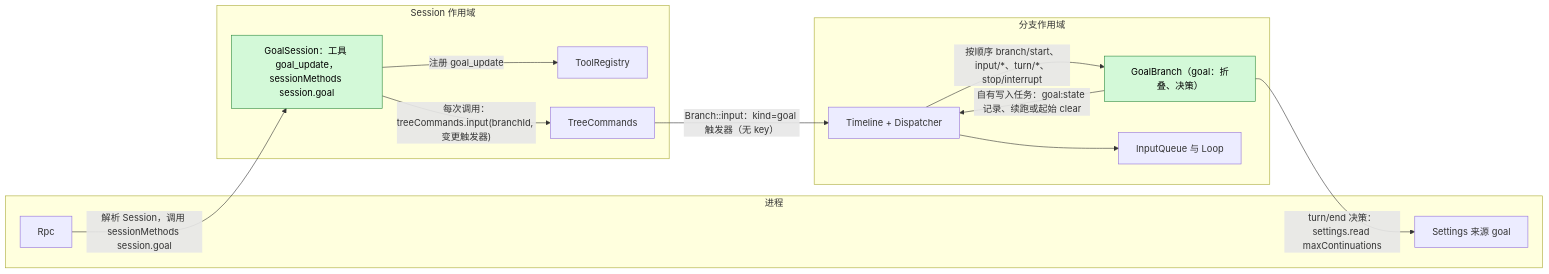
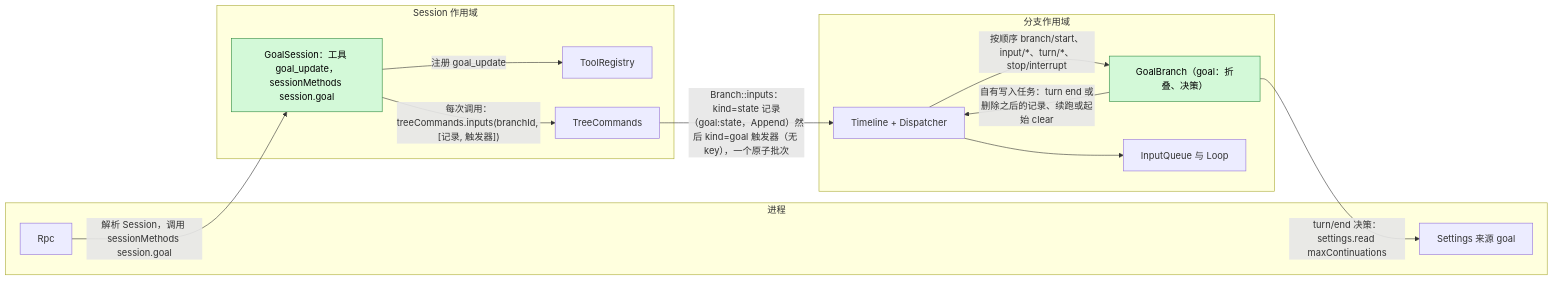
Before and after one commit to CoutinhoTTS/dim-agent: the first of 7 diagrams in docs/zh/design/plugins/Goal.md, drawn with Mermaid. The commit also changed other lines of this file and 16 other files, not shown here.

````diff
--- a/docs/zh/design/plugins/Goal.md
+++ b/docs/zh/design/plugins/Goal.md
@@ -11,26 +11,26 @@
 ```mermaid
 flowchart LR
   subgraph PROC["进程"]
     Rpc["Rpc"]
     Settings["Settings 来源 goal"]
   end
   subgraph SESS["Session 作用域"]
     GS["GoalSession：工具 goal_update，sessionMethods session.goal"]:::new
     TR["ToolRegistry"]
     TC["TreeCommands"]
   end
   subgraph BR["分支作用域"]
     GB["GoalBranch（goal：折叠、决策）"]:::new
     TL["Timeline + Dispatcher"]
     IQ["InputQueue 与 Loop"]
   end
   GS -- "注册 goal_update" --> TR
   Rpc -- "解析 Session，调用 sessionMethods session.goal" --> GS
-  GS -- "每次调用：treeCommands.input(branchId, 变更触发器)" --> TC
-  TC -- "Branch::input：kind=goal 触发器（无 key）" --> TL
+  GS -- "每次调用：treeCommands.inputs(branchId, [记录, 触发器])" --> TC
+  TC -- "Branch::inputs：kind=state 记录（goal:state，Append）然后 kind=goal 触发器（无 key），一个原子批次" --> TL
   TL -- "按顺序 branch/start、input/*、turn/*、stop/interrupt" --> GB
-  GB -- "自有写入任务：goal:state 记录、续跑或起始 clear" --> TL
+  GB -- "自有写入任务：turn end 或删除之后的记录、续跑或起始 clear" --> TL
   GB -- "turn/end 决策：settings.read maxContinuations" --> Settings
   TL --> IQ
   classDef new fill:#d3f9d8,stroke:#2b8a3e,color:#000
 ```
````
